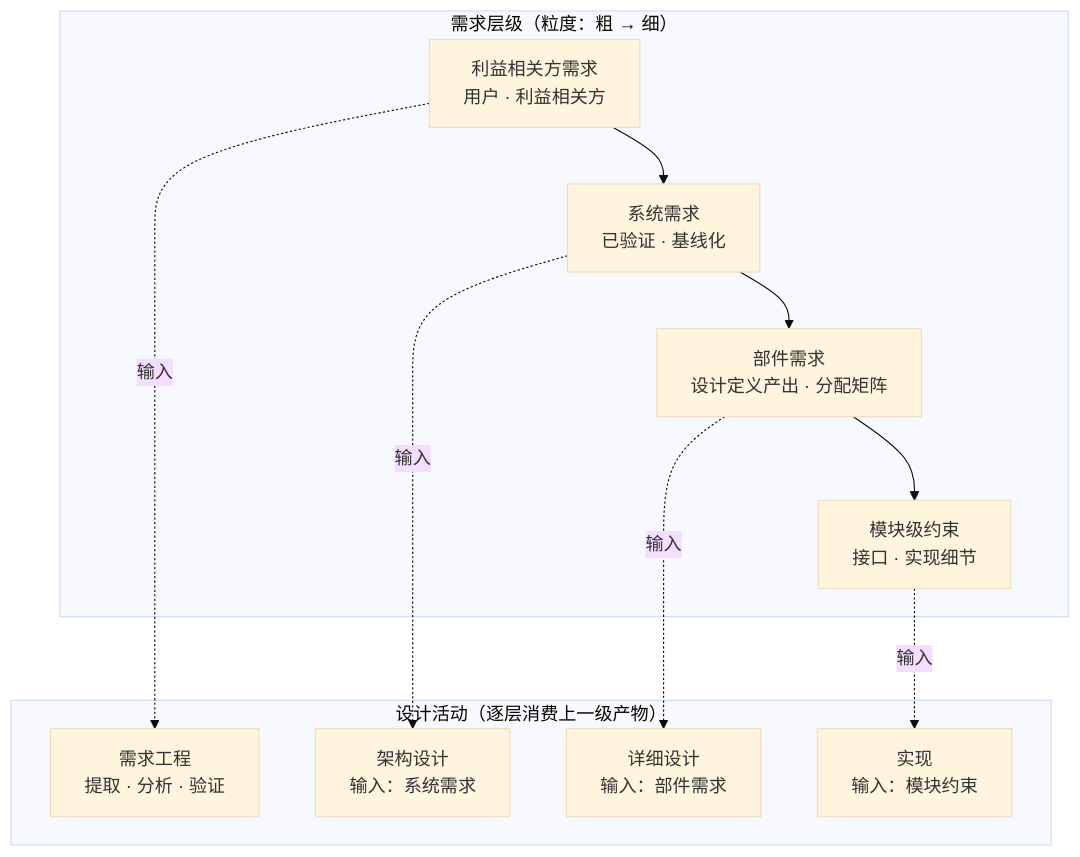
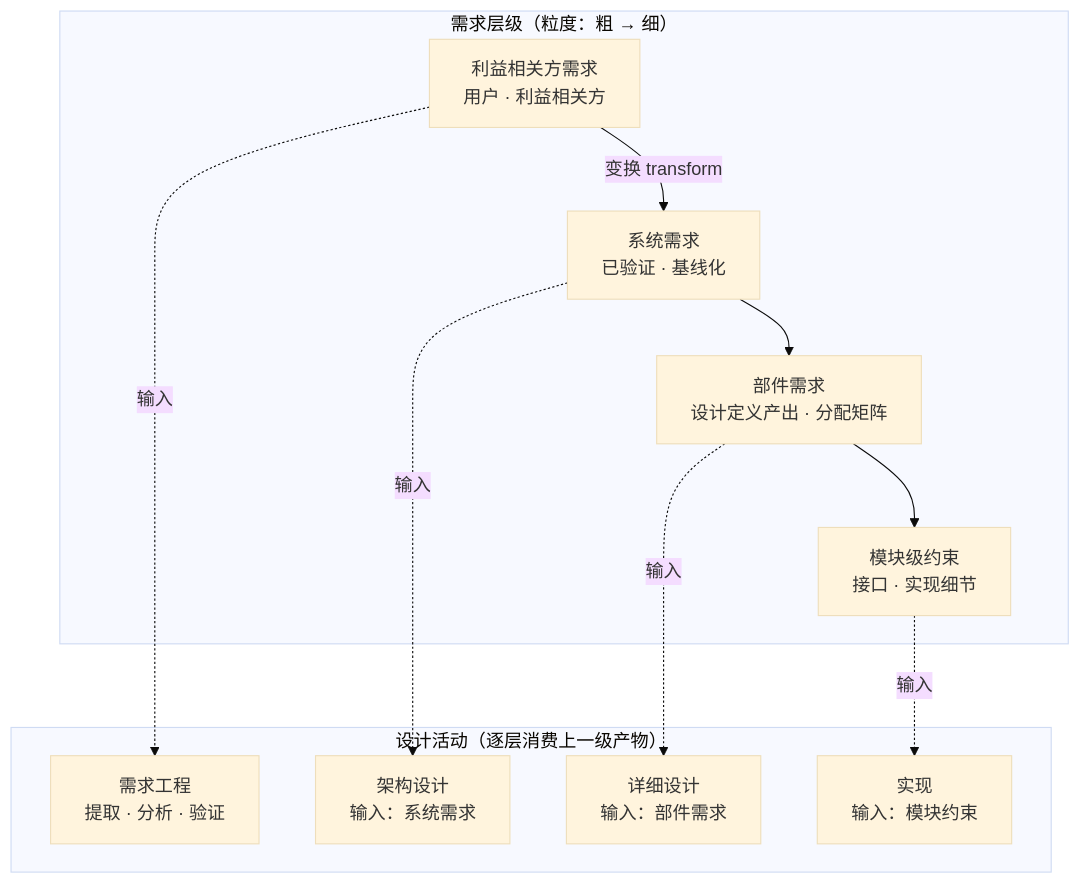
The sixth of 11 diagrams in 10-系统工程研究/00-系统工程相关研究报告/10-架构设计方法论全景研究报告.md (Yongjunzhou/business-Engineering), drawn with Mermaid (base theme) before and after one commit. The commit also changed other lines of this file and 25 other files, not shown here.

````diff
--- a/10-系统工程研究/00-系统工程相关研究报告/10-架构设计方法论全景研究报告.md
+++ b/10-系统工程研究/00-系统工程相关研究报告/10-架构设计方法论全景研究报告.md
@@ -516,18 +516,18 @@
 ```mermaid
 flowchart TB
     subgraph REQ["需求层级（粒度：粗 → 细）"]
-        R1[利益相关方需求<br/>用户 · 利益相关方] --> R2[系统需求<br/>已验证 · 基线化]
+        R1[利益相关方需求<br/>用户 · 利益相关方] -->|变换 transform| R2[系统需求<br/>已验证 · 基线化]
         R2 --> R3[部件需求<br/>设计定义产出 · 分配矩阵]
         R3 --> R4[模块级约束<br/>接口 · 实现细节]
     end
     subgraph DES["设计活动（逐层消费上一级产物）"]
         D1[需求工程<br/>提取 · 分析 · 验证]
         D2[架构设计<br/>输入：系统需求]
         D3[详细设计<br/>输入：部件需求]
         D4[实现<br/>输入：模块约束]
     end
     R1 -.输入.-> D1
     R2 -.输入.-> D2
     R3 -.输入.-> D3
     R4 -.输入.-> D4
 ```
````
